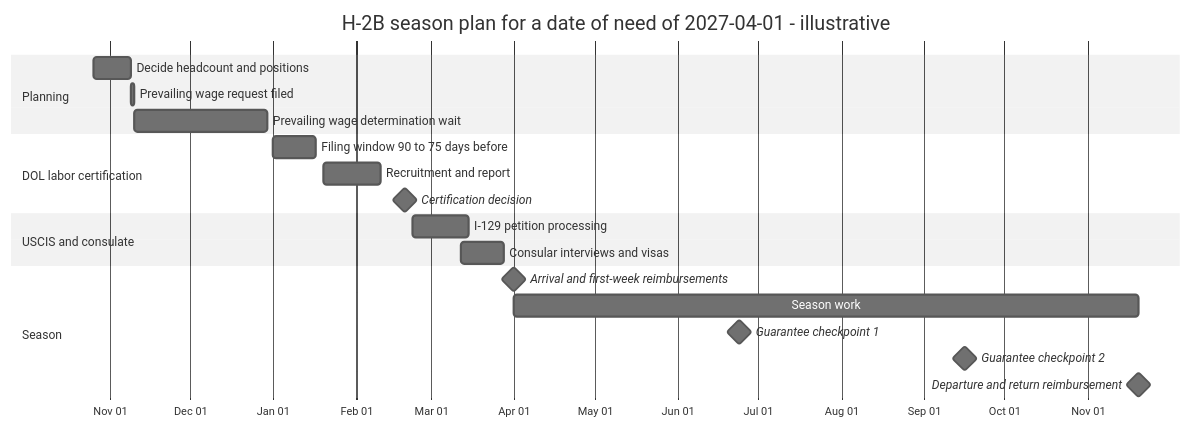
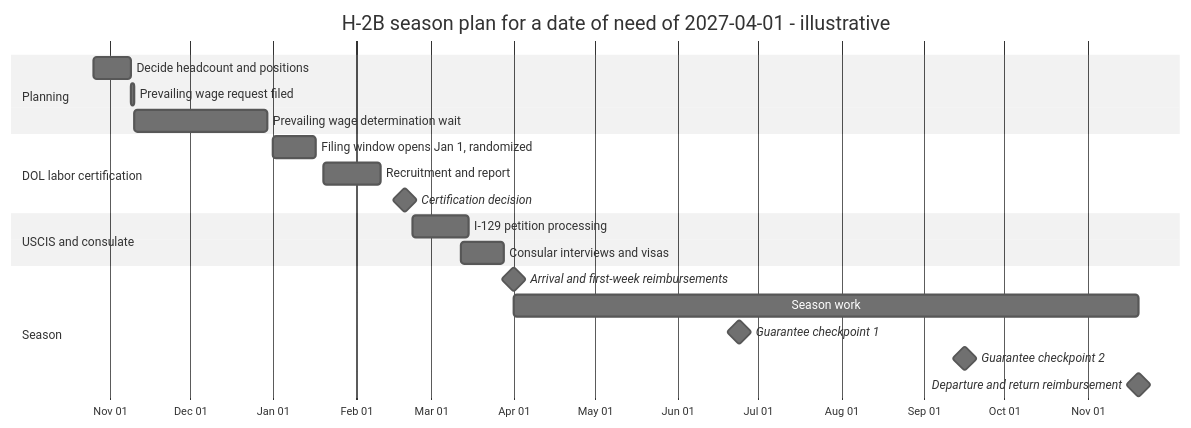
One commit to jdinard/landscape changed the seventh of 11 diagrams in docs/15-team-hr-payroll.md. Above: the diagram before and after it, drawn with Mermaid (neutral theme). The commit also changed other lines of this file and 13 other files, not shown here.

````diff
--- a/docs/15-team-hr-payroll.md
+++ b/docs/15-team-hr-payroll.md
@@ -1086,23 +1177,23 @@
 ```mermaid
 gantt
     title H-2B season plan for a date of need of 2027-04-01 - illustrative
     dateFormat YYYY-MM-DD
     axisFormat %b %d
     section Planning
     Decide headcount and positions        :a1, 2026-10-26, 14d
     Prevailing wage request filed         :a2, 2026-11-09, 1d
     Prevailing wage determination wait    :a3, after a2, 50d
     section DOL labor certification
-    Filing window 90 to 75 days before    :b1, 2027-01-01, 16d
+    Filing window opens Jan 1, randomized :b1, 2027-01-01, 16d
     Recruitment and report                :b2, 2027-01-20, 21d
     Certification decision                :milestone, b3, 2027-02-19, 0d
     section USCIS and consulate
     I-129 petition processing             :c1, 2027-02-22, 21d
     Consular interviews and visas         :c2, 2027-03-12, 16d
     section Season
     Arrival and first-week reimbursements :milestone, d1, 2027-04-01, 0d
     Season work                           :d2, 2027-04-01, 2027-11-20
     Guarantee checkpoint 1                :milestone, d3, 2027-06-24, 0d
     Guarantee checkpoint 2                :milestone, d4, 2027-09-16, 0d
     Departure and return reimbursement    :milestone, d5, 2027-11-20, 0d
 ```
````
